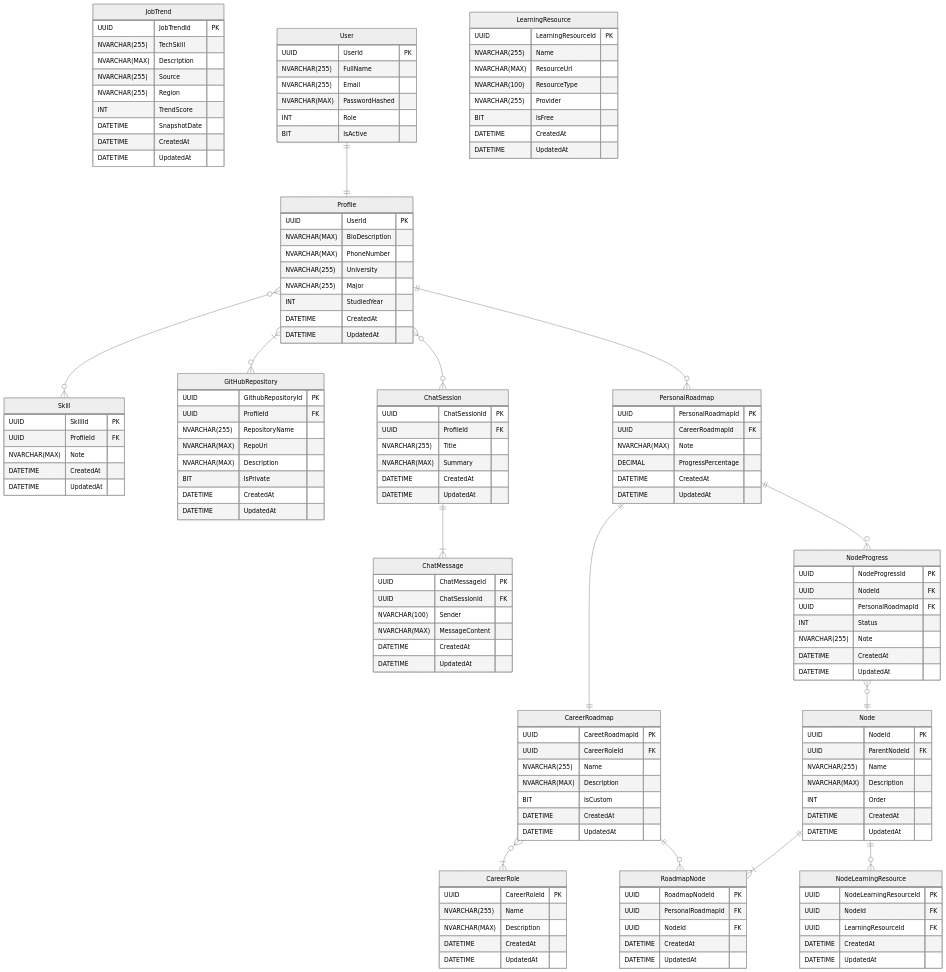
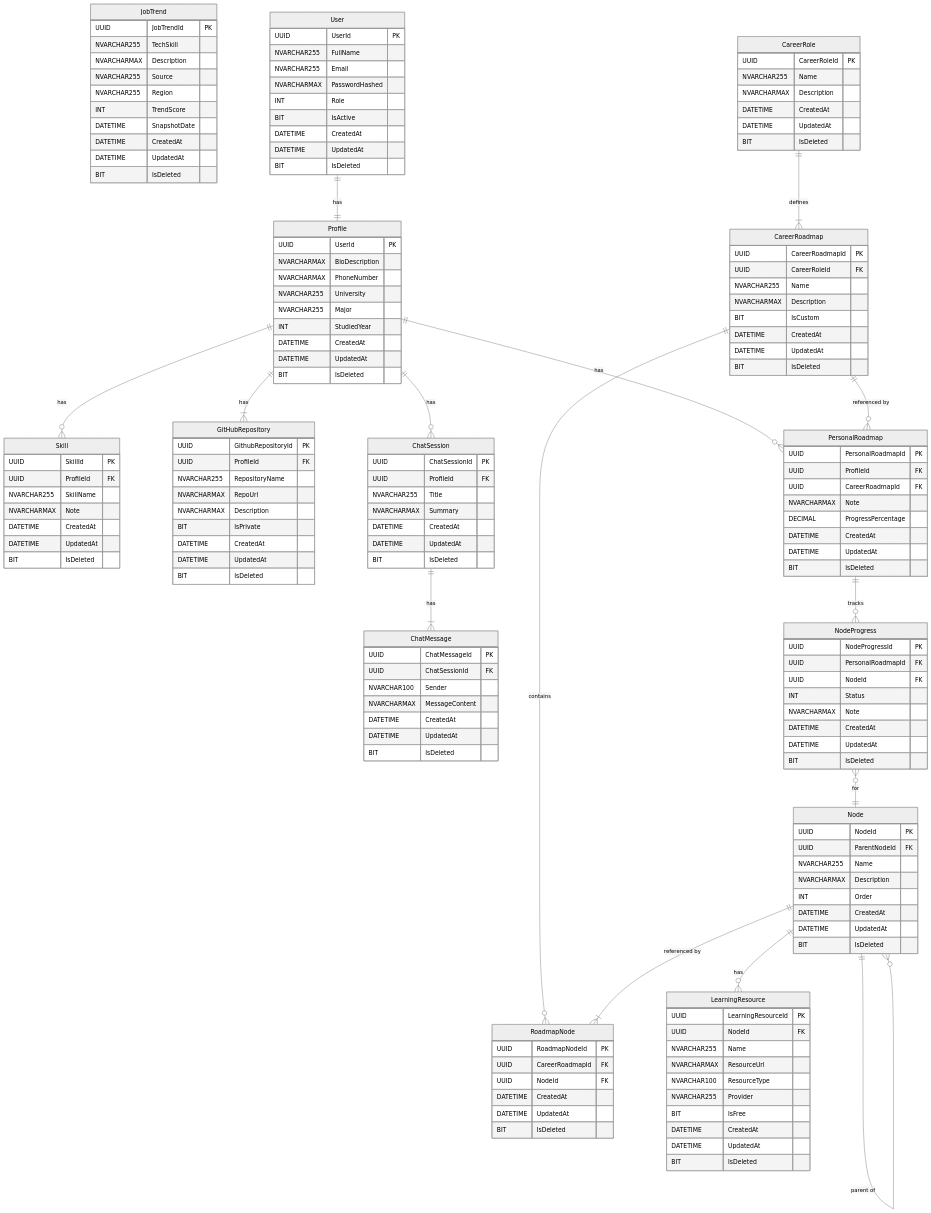
Before and after one commit to blackspacelock/prn232: the diagram in document/diagram/physical_erd.mmd, drawn with Mermaid (neutral theme).

Commit message:
docs: update mermaid erd

```diff
--- a/document/diagram/physical_erd.mmd
+++ b/document/diagram/physical_erd.mmd
@@ -1,162 +1,203 @@
 erDiagram
     JobTrend {
         UUID JobTrendId PK
-        NVARCHAR(255) TechSkill 
-        NVARCHAR(MAX) Description 
-        NVARCHAR(255) Source 
-        NVARCHAR(255) Region 
-        INT TrendScore 
-        DATETIME SnapshotDate 
-        DATETIME CreatedAt 
-        DATETIME UpdatedAt 
+        NVARCHAR255 TechSkill
+        NVARCHARMAX Description
+        NVARCHAR255 Source
+        NVARCHAR255 Region
+        INT TrendScore
+        DATETIME SnapshotDate
+        DATETIME CreatedAt
+        DATETIME UpdatedAt
+        BIT IsDeleted
     }
 
     User {
         UUID UserId PK
-        NVARCHAR(255) FullName  
-        NVARCHAR(255) Email 
-        NVARCHAR(MAX) PasswordHashed 
+        NVARCHAR255 FullName
+        NVARCHAR255 Email
+        NVARCHARMAX PasswordHashed
         INT Role
-        BIT IsActive 
+        BIT IsActive
+        DATETIME CreatedAt
+        DATETIME UpdatedAt
+        BIT IsDeleted
     }
 
     Profile {
         UUID UserId PK
-        NVARCHAR(MAX) BioDescription 
-        NVARCHAR(MAX) PhoneNumber 
-        NVARCHAR(255) University 
-        NVARCHAR(255) Major
-        INT StudiedYear 
-        DATETIME CreatedAt 
-        DATETIME UpdatedAt 
+        NVARCHARMAX BioDescription
+        NVARCHARMAX PhoneNumber
+        NVARCHAR255 University
+        NVARCHAR255 Major
+        INT StudiedYear
+        DATETIME CreatedAt
+        DATETIME UpdatedAt
+        BIT IsDeleted
     }
 
     Skill {
         UUID SkillId PK
         UUID ProfileId FK
-        NVARCHAR(MAX) Note 
-        DATETIME CreatedAt 
-        DATETIME UpdatedAt 
+        NVARCHAR255 SkillName
+        NVARCHARMAX Note
+        DATETIME CreatedAt
+        DATETIME UpdatedAt
+        BIT IsDeleted
     }
-    
+
     GitHubRepository {
         UUID GithubRepositoryId PK
         UUID ProfileId FK
-        NVARCHAR(255) RepositoryName 
-        NVARCHAR(MAX) RepoUrl 
-        NVARCHAR(MAX) Description 
+        NVARCHAR255 RepositoryName
+        NVARCHARMAX RepoUrl
+        NVARCHARMAX Description
         BIT IsPrivate
-        DATETIME CreatedAt 
-        DATETIME UpdatedAt 
+        DATETIME CreatedAt
+        DATETIME UpdatedAt
+        BIT IsDeleted
     }
 
     ChatSession {
         UUID ChatSessionId PK
         UUID ProfileId FK
-        NVARCHAR(255) Title 
-        NVARCHAR(MAX) Summary
-        DATETIME CreatedAt 
-        DATETIME UpdatedAt 
+        NVARCHAR255 Title
+        NVARCHARMAX Summary
+        DATETIME CreatedAt
+        DATETIME UpdatedAt
+        BIT IsDeleted
     }
 
     ChatMessage {
         UUID ChatMessageId PK
         UUID ChatSessionId FK
-        NVARCHAR(100) Sender
-        NVARCHAR(MAX) MessageContent
-        DATETIME CreatedAt 
-        DATETIME UpdatedAt 
+        NVARCHAR100 Sender
+        NVARCHARMAX MessageContent
+        DATETIME CreatedAt
+        DATETIME UpdatedAt
+        BIT IsDeleted
     }
 
     PersonalRoadmap {
         UUID PersonalRoadmapId PK
+        UUID ProfileId FK
         UUID CareerRoadmapId FK
-        NVARCHAR(MAX) Note 
-        DECIMAL ProgressPercentage 
-        DATETIME CreatedAt 
-        DATETIME UpdatedAt 
+        NVARCHARMAX Note
+        DECIMAL ProgressPercentage
+        DATETIME CreatedAt
+        DATETIME UpdatedAt
+        BIT IsDeleted
     }
 
     NodeProgress {
         UUID NodeProgressId PK
-        UUID NodeId  FK
         UUID PersonalRoadmapId FK
+        UUID NodeId FK
         INT Status
-        NVARCHAR(255) Note 
-        DATETIME CreatedAt 
-        DATETIME UpdatedAt 
+        NVARCHARMAX Note
+        DATETIME CreatedAt
+        DATETIME UpdatedAt
+        BIT IsDeleted
     }
 
     CareerRole {
         UUID CareerRoleId PK
-        NVARCHAR(255) Name
-        NVARCHAR(MAX) Description 
-        DATETIME CreatedAt 
-        DATETIME UpdatedAt 
+        NVARCHAR255 Name
+        NVARCHARMAX Description
+        DATETIME CreatedAt
+        DATETIME UpdatedAt
+        BIT IsDeleted
     }
 
     CareerRoadmap {
-        UUID CareetRoadmapId PK
-        UUID CareerRoleId  FK
-        NVARCHAR(255) Name
-        NVARCHAR(MAX) Description 
+        UUID CareerRoadmapId PK
+        UUID CareerRoleId FK
+        NVARCHAR255 Name
+        NVARCHARMAX Description
         BIT IsCustom
-        DATETIME CreatedAt 
-        DATETIME UpdatedAt 
+        DATETIME CreatedAt
+        DATETIME UpdatedAt
+        BIT IsDeleted
     }
 
     RoadmapNode {
         UUID RoadmapNodeId PK
-        UUID PersonalRoadmapId FK
+        UUID CareerRoadmapId FK
         UUID NodeId FK
-        DATETIME CreatedAt 
-        DATETIME UpdatedAt 
+        DATETIME CreatedAt
+        DATETIME UpdatedAt
+        BIT IsDeleted
     }
 
     Node {
         UUID NodeId PK
         UUID ParentNodeId FK
-        NVARCHAR(255) Name
-        NVARCHAR(MAX) Description 
+        NVARCHAR255 Name
+        NVARCHARMAX Description
         INT Order
-        DATETIME CreatedAt 
-        DATETIME UpdatedAt 
-    }
-
-    NodeLearningResource {
-        UUID NodeLearningResourceId PK
-        UUID NodeId FK
-        UUID LearningResourceId FK
-        DATETIME CreatedAt 
-        DATETIME UpdatedAt 
+        DATETIME CreatedAt
+        DATETIME UpdatedAt
+        BIT IsDeleted
     }
 
     LearningResource {
         UUID LearningResourceId PK
-        NVARCHAR(255) Name
-        NVARCHAR(MAX) ResourceUrl 
-        NVARCHAR(100) ResourceType 
-        NVARCHAR(255) Provider 
+        UUID NodeId FK
+        NVARCHAR255 Name
+        NVARCHARMAX ResourceUrl
+        NVARCHAR100 ResourceType
+        NVARCHAR255 Provider
         BIT IsFree
-        DATETIME CreatedAt 
-        DATETIME UpdatedAt  
+        DATETIME CreatedAt
+        DATETIME UpdatedAt
+        BIT IsDeleted
     }
 
-    %% Student profile management
-    User ||--|| Profile : ""
-    Profile }o--o{ Skill : ""
-    Profile }|--o{ GitHubRepository : ""
+    %% ── User & Profile ──────────────────────────────
+    %% One User has exactly one Profile
+    User ||--|| Profile : "has"
 
-    %% AI chat management
-    Profile }o--o{ ChatSession : ""
-    ChatSession ||--|{ ChatMessage : ""
+    %% ── Profile → Skills ────────────────────────────
+    %% One Profile has zero or many Skills
+    Profile ||--o{ Skill : "has"
 
-    %% Roadmap management
-    Profile ||--o{ PersonalRoadmap : ""
-    PersonalRoadmap ||--|| CareerRoadmap : ""
-    CareerRoadmap }o--|{ CareerRole: ""
-    CareerRoadmap ||--o{ RoadmapNode : ""
-    Node ||--|{ RoadmapNode : ""
-    PersonalRoadmap ||--o{ NodeProgress : ""
-    NodeProgress }o--|| Node : ""
-    Node ||--o{ NodeLearningResource: ""
+    %% ── Profile → GitHub Repositories ───────────────
+    %% One Profile has one or many GitHubRepositories
+    Profile ||--|{ GitHubRepository : "has"
+
+    %% ── Profile → Chat ──────────────────────────────
+    %% One Profile has zero or many ChatSessions
+    Profile ||--o{ ChatSession : "has"
+    %% One ChatSession has one or many ChatMessages
+    ChatSession ||--|{ ChatMessage : "has"
+
+    %% ── Profile → Personal Roadmaps ─────────────────
+    %% One Profile has zero or many PersonalRoadmaps
+    Profile ||--o{ PersonalRoadmap : "has"
+
+    %% ── Career structure ────────────────────────────
+    %% One CareerRole has one or many CareerRoadmaps
+    CareerRole ||--|{ CareerRoadmap : "defines"
+
+    %% Many PersonalRoadmaps reference one CareerRoadmap
+    %% (many Profiles → many CareerRoadmaps via PersonalRoadmap)
+    CareerRoadmap ||--o{ PersonalRoadmap : "referenced by"
+
+    %% ── CareerRoadmap ↔ Node (via RoadmapNode) ──────
+    %% One CareerRoadmap has zero or many RoadmapNodes
+    CareerRoadmap ||--o{ RoadmapNode : "contains"
+    %% One Node appears in one or many RoadmapNodes
+    Node ||--|{ RoadmapNode : "referenced by"
+
+    %% ── PersonalRoadmap ↔ Node (via NodeProgress) ───
+    %% One PersonalRoadmap has zero or many NodeProgress entries
+    PersonalRoadmap ||--o{ NodeProgress : "tracks"
+    %% Many NodeProgress entries reference one Node
+    NodeProgress }o--|| Node : "for"
+
+    %% ── Node → Learning Resources (1:M) ─────────────
+    %% One Node has zero or many LearningResources directly
+    Node ||--o{ LearningResource : "has"
+
+    %% ── Node self-reference (hierarchy) ─────────────
+    Node ||--o{ Node : "parent of"
```
